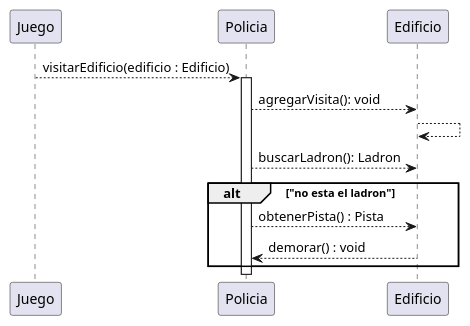
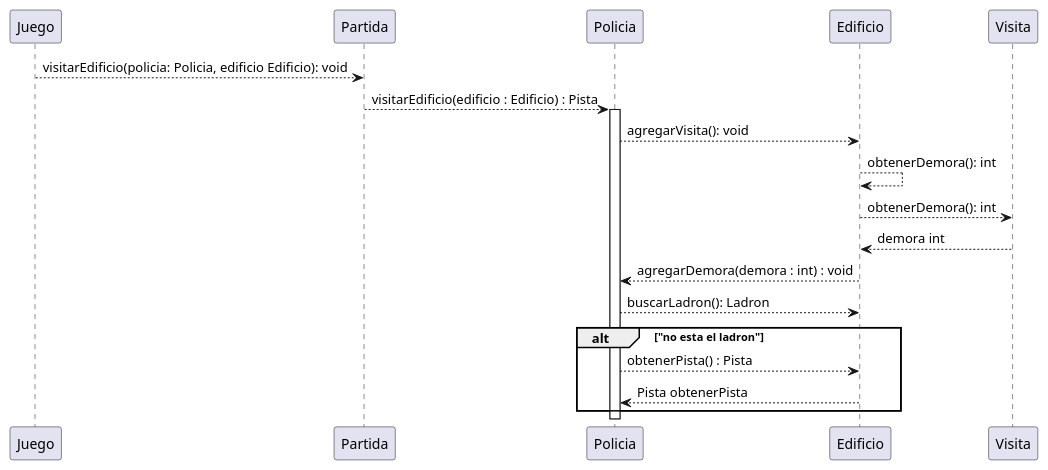
Before and after one commit to SeleneMartinez/Algo3_AlgoThief: the diagram in diagrams/sequences/ds_PoliciaEntraPorPrimeraVezAUnEdificio.plantuml, drawn with PlantUML. The commit also changed 2 other files, not shown here.

Commit message:
Agrego diagramas de clase

```diff
--- a/diagrams/sequences/ds_PoliciaEntraPorPrimeraVezAUnEdificio.plantuml
+++ b/diagrams/sequences/ds_PoliciaEntraPorPrimeraVezAUnEdificio.plantuml
@@ -1,10 +1,14 @@
 @startuml
-Juego -->Policia ++: visitarEdificio(edificio : Edificio)
+Juego --> Partida: visitarEdificio(policia: Policia, edificio Edificio): void
+Partida --> Policia ++: visitarEdificio(edificio : Edificio) : Pista
 Policia --> Edificio : agregarVisita(): void
-Edificio --> Edificio:
+Edificio --> Edificio: obtenerDemora(): int
+Edificio  --> Visita: obtenerDemora(): int
+Visita --> Edificio : demora int
+Edificio --> Policia : agregarDemora(demora : int) : void
 Policia --> Edificio: buscarLadron(): Ladron
 alt "no esta el ladron"
     Policia --> Edificio : obtenerPista() : Pista
-    Edificio --> Policia : demorar() : void
+    Edificio --> Policia: Pista obtenerPista
 end
 @enduml
```
